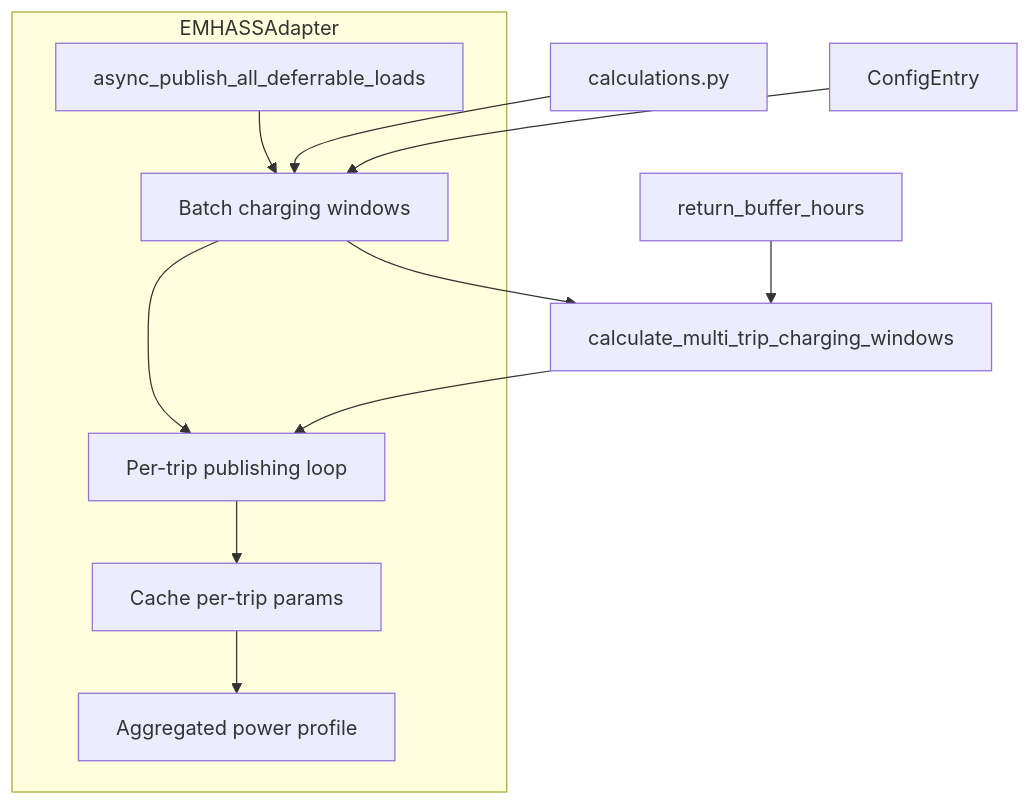
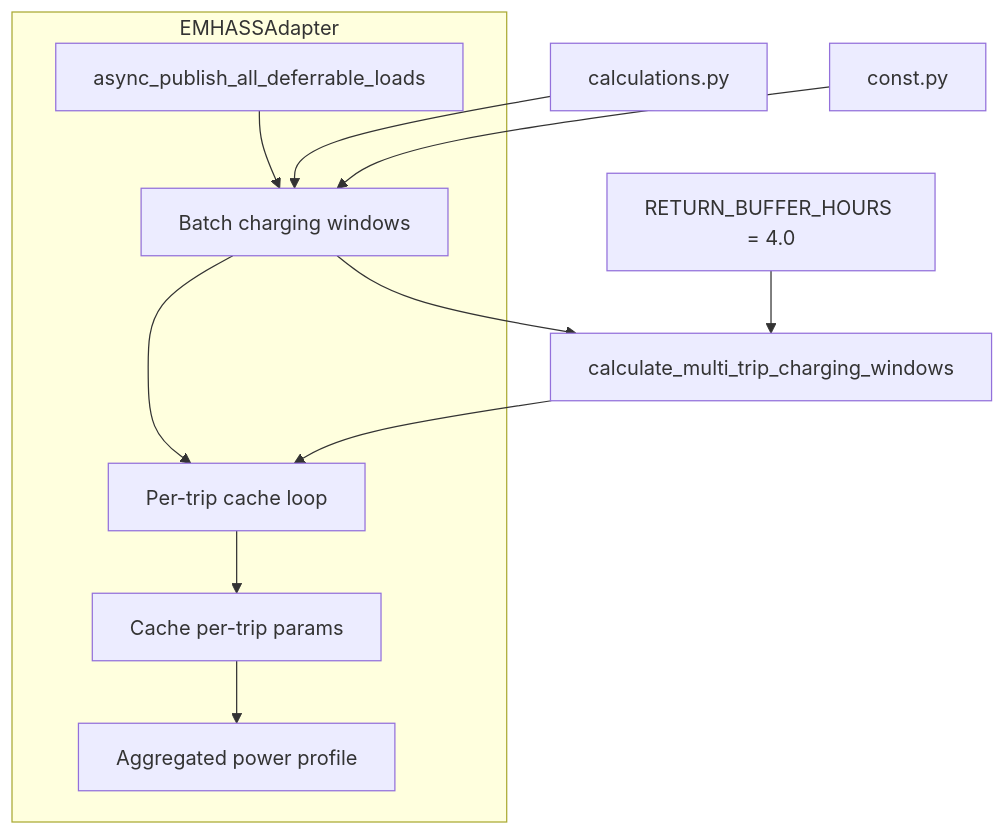
The first of 2 diagrams in specs/fix-sequential-trip-charging/design.md (informatico-madrid/ha-ev-trip-planner), drawn with Mermaid before and after one commit. The commit also changed other lines of this file and 12 other files, not shown here.

````diff
--- a/specs/fix-sequential-trip-charging/design.md
+++ b/specs/fix-sequential-trip-charging/design.md
@@ -9,17 +9,17 @@
 ```mermaid
 graph TB
     subgraph System["EMHASSAdapter"]
         A[async_publish_all_deferrable_loads] --> B[Batch charging windows]
-        B --> C[Per-trip publishing loop]
+        B --> C[Per-trip cache loop]
         C --> D[Cache per-trip params]
         D --> E[Aggregated power profile]
     end
     
     F[calculations.py] --> B
     B --> G[calculate_multi_trip_charging_windows]
     
-    H[ConfigEntry] --> B
-    I[return_buffer_hours] --> G
+    H[const.py] --> B
+    I[RETURN_BUFFER_HOURS = 4.0] --> G
     
     G --> C
 ```
````
